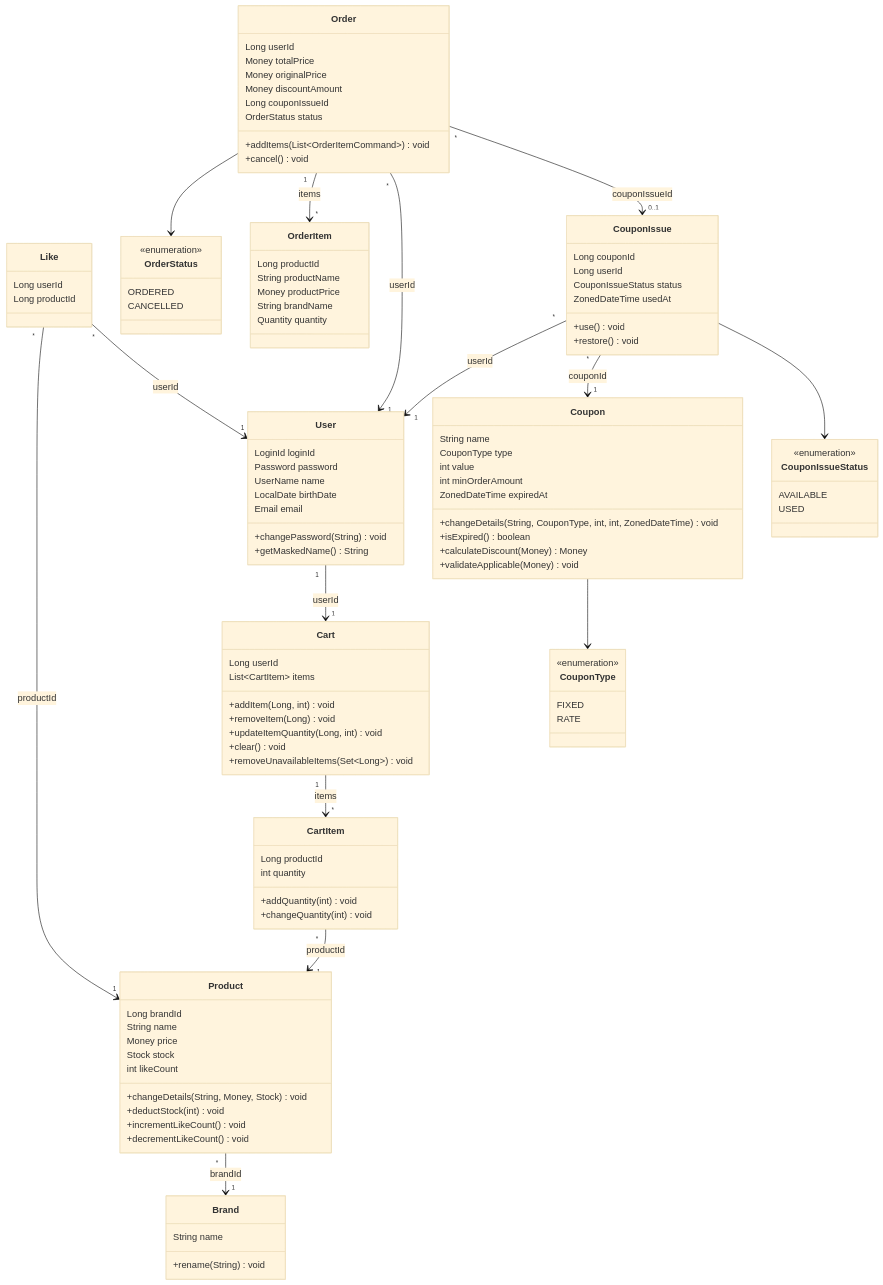
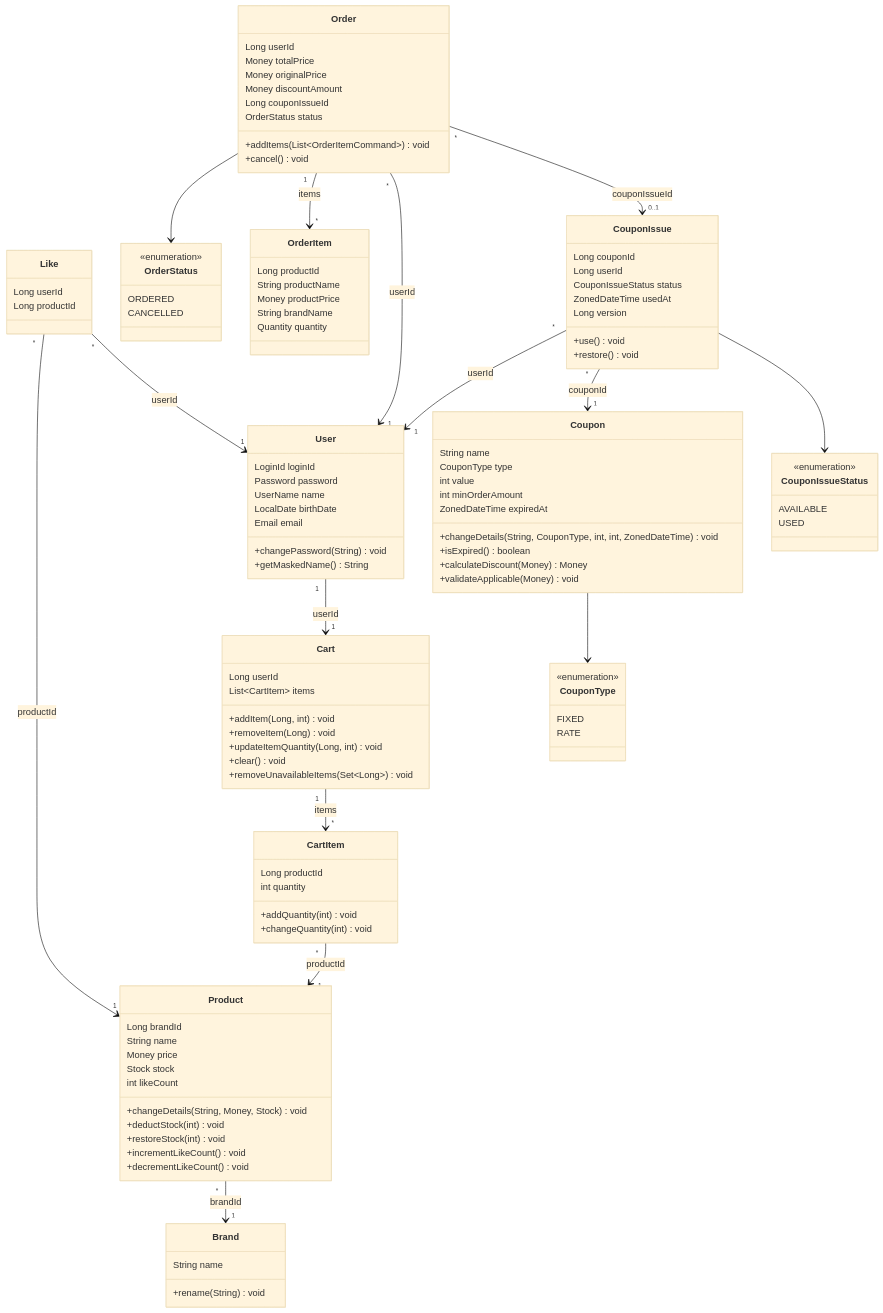
One commit to Loopers-dev-lab/loop-pack-be-l2-vol3-java changed the diagram in .docs/03-class-diagram.md. Above: the diagram before and after it, drawn with Mermaid (base theme). The commit also changed other lines of this file and 10 other files, not shown here.

```diff
--- a/.docs/03-class-diagram.md
+++ b/.docs/03-class-diagram.md
@@ -31,6 +31,7 @@
         int likeCount
         +changeDetails(String, Money, Stock) void
         +deductStock(int) void
+        +restoreStock(int) void
         +incrementLikeCount() void
         +decrementLikeCount() void
     }
@@ -99,6 +100,7 @@
         Long userId
         CouponIssueStatus status
         ZonedDateTime usedAt
+        Long version
         +use() void
         +restore() void
     }
```
